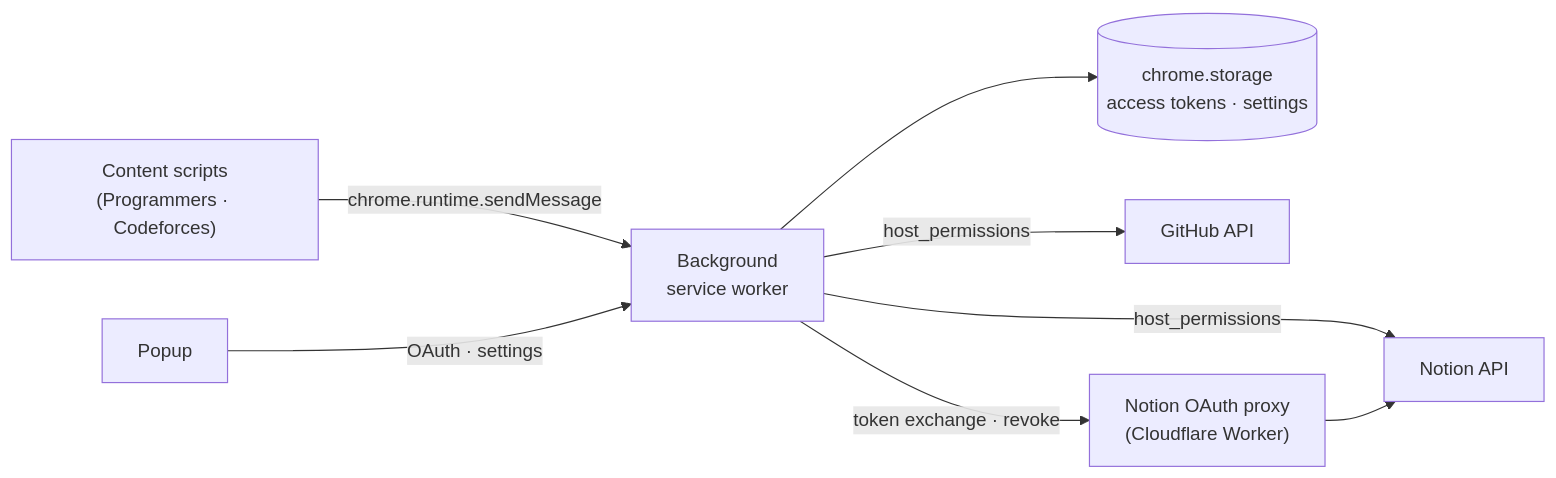
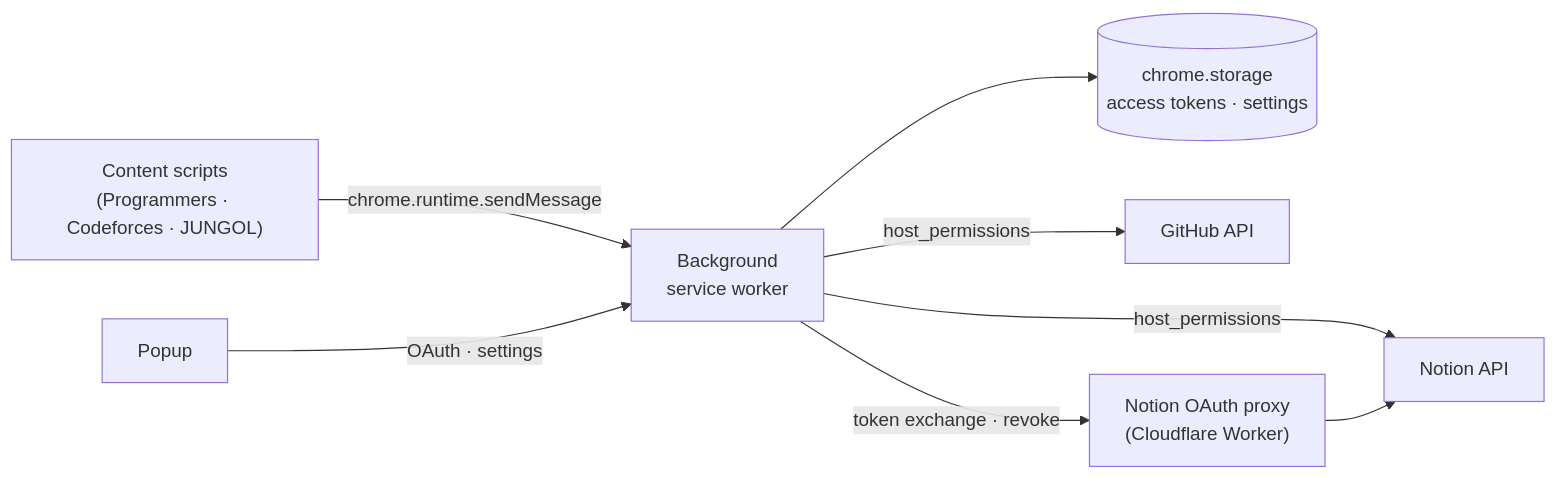
One commit to Seojeonguk/sourceCodeUploader changed the diagram in README.md. Above: the diagram before and after it, drawn with Mermaid. The commit also changed other lines of this file and 23 other files, not shown here.

````diff
--- a/README.md
+++ b/README.md
@@ -50,10 +52,10 @@
 ```mermaid
 flowchart LR
-    CS["Content scripts<br/>(Programmers · Codeforces)"] -->|chrome.runtime.sendMessage| BG["Background<br/>service worker"]
+    CS["Content scripts<br/>(Programmers · Codeforces · JUNGOL)"] -->|chrome.runtime.sendMessage| BG["Background<br/>service worker"]
     POP["Popup"] -->|OAuth · settings| BG
     BG --> ST[("chrome.storage<br/>access tokens · settings")]
     BG -->|host_permissions| GH["GitHub API"]
     BG -->|host_permissions| NO["Notion API"]
     BG -->|token exchange · revoke| PX["Notion OAuth proxy<br/>(Cloudflare Worker)"]
     PX --> NO
 ```
````
